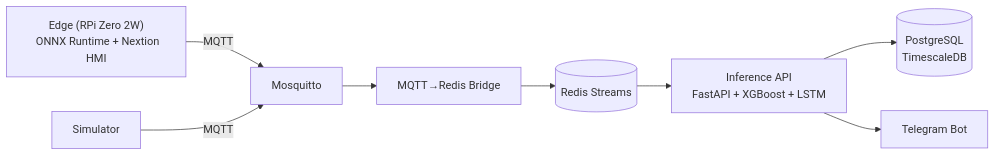
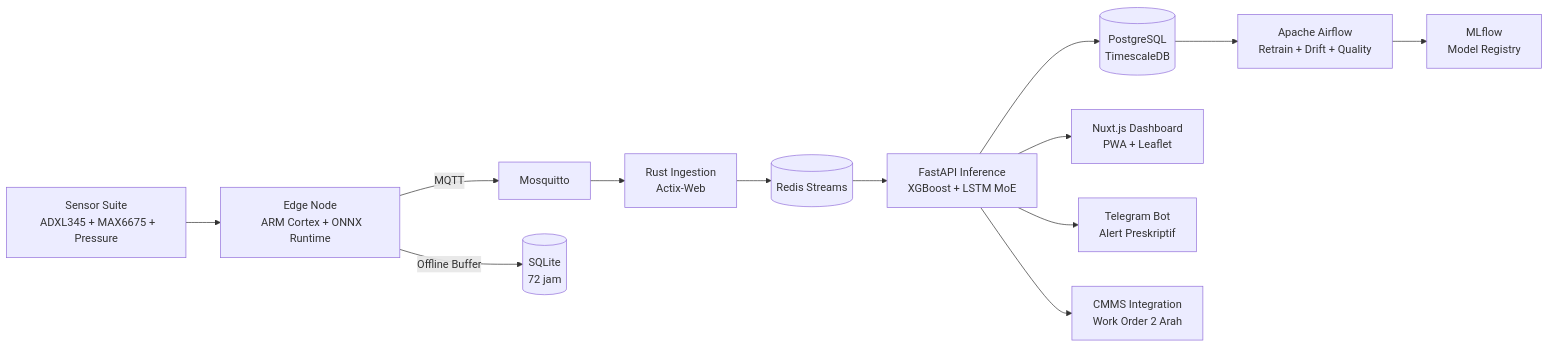
The diagram in README.md (virgiawanprima/pratyaksa), drawn with Mermaid before and after one commit. The commit also changed other lines of this file, not shown here.

````diff
--- a/README.md
+++ b/README.md
@@ -110,13 +129,26 @@
 ```mermaid
 flowchart LR
-  Edge["Edge (RPi Zero 2W)
-  ONNX Runtime + Nextion HMI"] -->|MQTT| Mosquitto
-  Sim["Simulator"] -->|MQTT| Mosquitto
-  Mosquitto --> Bridge["MQTT→Redis Bridge"]
-  Bridge --> Redis[(Redis Streams)]
-  Redis --> API["Inference API
-  FastAPI + XGBoost + LSTM"]
+  Sensor["Sensor Suite
+  ADXL345 + MAX6675 + Pressure"] --> Edge["Edge Node
+  ARM Cortex + ONNX Runtime"]
+  Edge -->|MQTT| Mosquitto
+  Edge -->|Offline Buffer| SQLite[(SQLite
+  72 jam)]
+  Mosquitto --> Rust["Rust Ingestion
+  Actix-Web"]
+  Rust --> Redis[(Redis Streams)]
+  Redis --> API["FastAPI Inference
+  XGBoost + LSTM MoE"]
   API --> PG[(PostgreSQL
   TimescaleDB)]
-  API --> Bot["Telegram Bot"]
+  API --> Nuxt["Nuxt.js Dashboard
+  PWA + Leaflet"]
+  API --> Bot["Telegram Bot
+  Alert Preskriptif"]
+  API --> CMMS["CMMS Integration
+  Work Order 2 Arah"]
+  PG --> Airflow["Apache Airflow
+  Retrain + Drift + Quality"]
+  Airflow --> MLflow["MLflow
+  Model Registry"]
 ```
````
